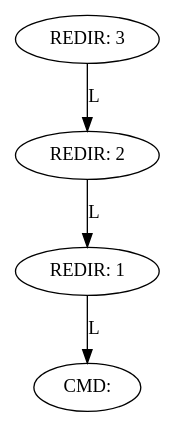
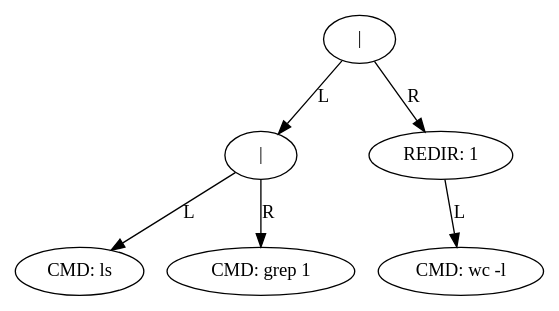
The diagram in ast.dot (zdvman/minishell), drawn with Graphviz before and after one commit. The commit also changed 16 other files, not shown here.

```diff
--- a/ast.dot
+++ b/ast.dot
@@ -1,9 +1,13 @@
 digraph AST {
-"0x4427b0" [label="REDIR: 3"];
-"0x4427b0" -> "0x442740" [label="L"];
-"0x442740" [label="REDIR: 2"];
-"0x442740" -> "0x4426d0" [label="L"];
-"0x4426d0" [label="REDIR: 1"];
-"0x4426d0" -> "0x442660" [label="L"];
-"0x442660" [label="CMD: "];
+"0x238fb90" [label="|"];
+"0x238fb90" -> "0x238fa60" [label="L"];
+"0x238fa60" [label="|"];
+"0x238fa60" -> "0x238f9a0" [label="L"];
+"0x238f9a0" [label="CMD: ls"];
+"0x238fa60" -> "0x238fa30" [label="R"];
+"0x238fa30" [label="CMD: grep 1"];
+"0x238fb90" -> "0x238fb60" [label="R"];
+"0x238fb60" [label="REDIR: 1"];
+"0x238fb60" -> "0x238faf0" [label="L"];
+"0x238faf0" [label="CMD: wc -l"];
 }
```
